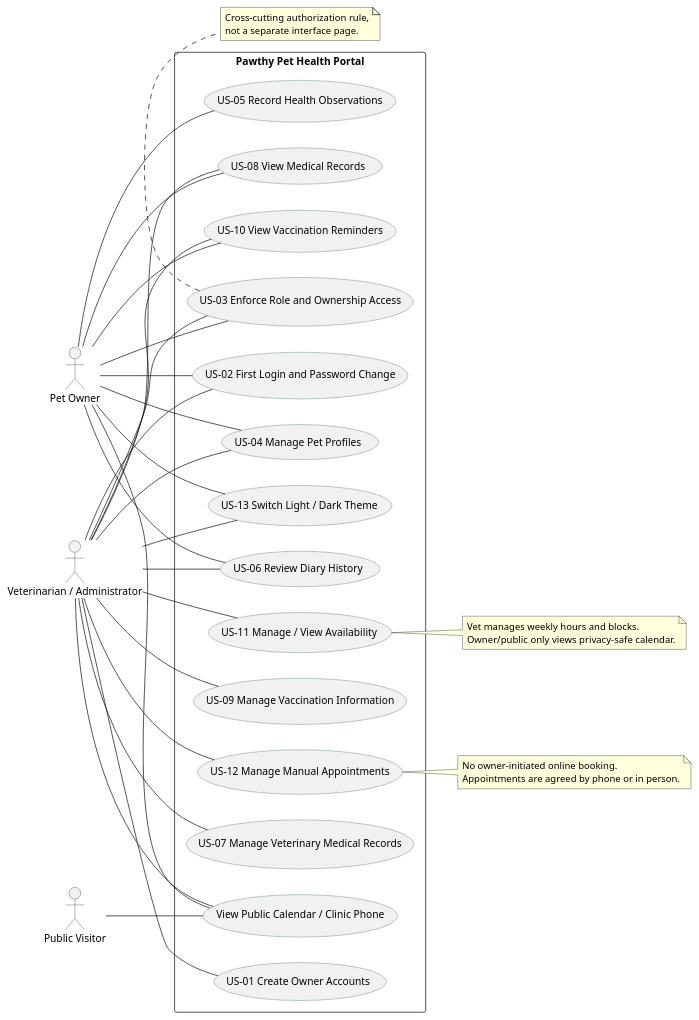
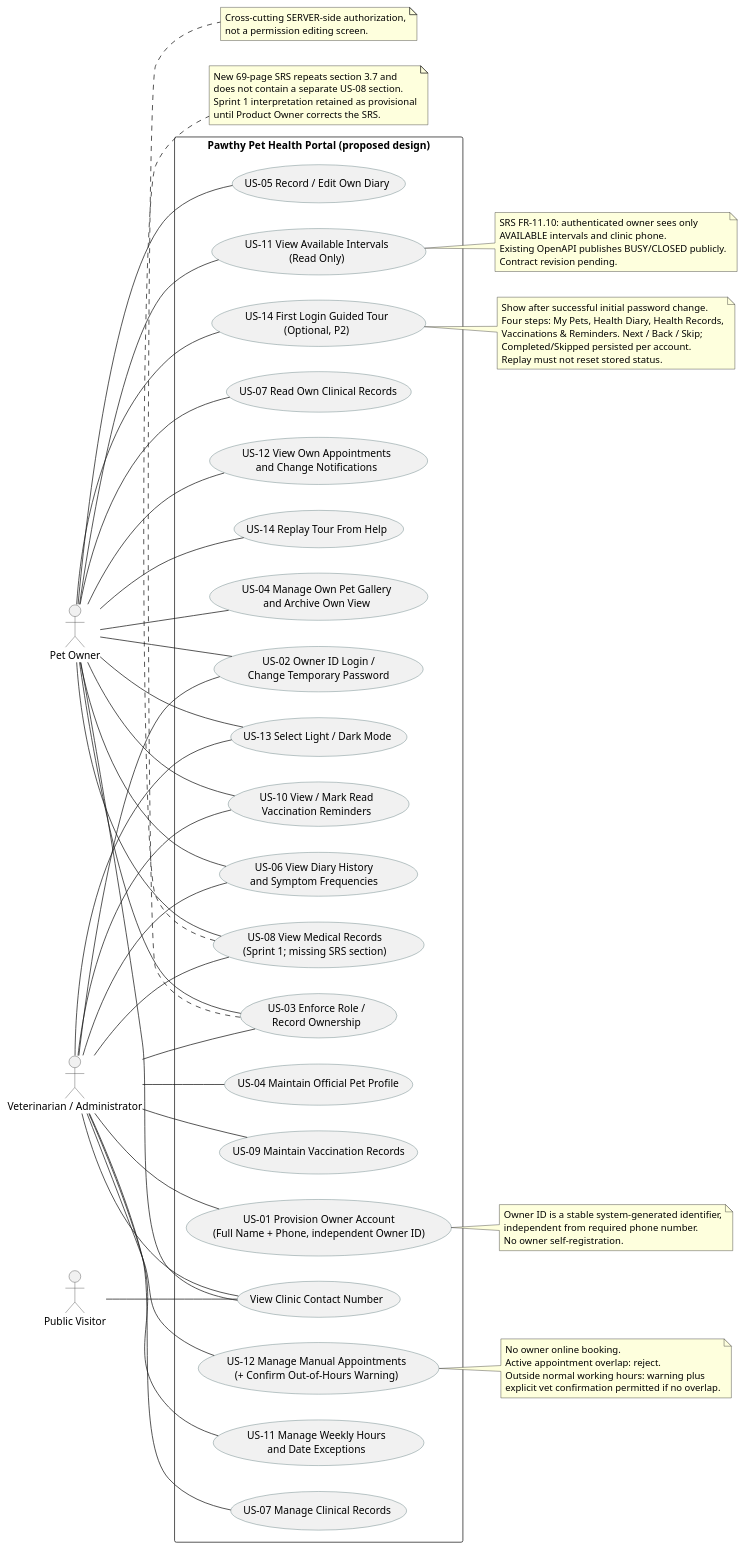
One commit to Efesen10/Pawthy changed the diagram in docs/uml-diagrams/use-cases.puml. Above: the diagram before and after it, drawn with PlantUML.

Commit message:
docs(uml): update formal use cases for November SRS and US-14

```diff
--- a/docs/uml-diagrams/use-cases.puml
+++ b/docs/uml-diagrams/use-cases.puml
@@ -1,64 +1,97 @@
-@startuml Pawthy_Use_Cases_Sprint2
+@startuml Pawthy_Use_Cases_Sprint2_SRS_20261120
 left to right direction
 skinparam packageStyle rectangle
 skinparam usecaseBorderColor #45676A
 skinparam actorBorderColor #333333
 
 actor "Pet Owner" as Owner
 actor "Veterinarian / Administrator" as Vet
 actor "Public Visitor" as Public
 
-rectangle "Pawthy Pet Health Portal" {
- usecase "US-01 Create Owner Accounts" as UC01
- usecase "US-02 First Login and Password Change" as UC02
- usecase "US-03 Enforce Role and Ownership Access" as UC03
- usecase "US-04 Manage Pet Profiles" as UC04
- usecase "US-05 Record Health Observations" as UC05
- usecase "US-06 Review Diary History" as UC06
- usecase "US-07 Manage Veterinary Medical Records" as UC07
- usecase "US-08 View Medical Records" as UC08
- usecase "US-09 Manage Vaccination Information" as UC09
- usecase "US-10 View Vaccination Reminders" as UC10
- usecase "US-11 Manage / View Availability" as UC11
- usecase "US-12 Manage Manual Appointments" as UC12
- usecase "US-13 Switch Light / Dark Theme" as UC13
- usecase "View Public Calendar / Clinic Phone" as UCP
+rectangle "Pawthy Pet Health Portal (proposed design)" {
+ usecase "US-01 Provision Owner Account\n(Full Name + Phone, independent Owner ID)" as UC01
+ usecase "US-02 Owner ID Login /\nChange Temporary Password" as UC02
+ usecase "US-03 Enforce Role /\nRecord Ownership" as UC03
+ usecase "US-04 Maintain Official Pet Profile" as UC04
+ usecase "US-04 Manage Own Pet Gallery\nand Archive Own View" as UC04O
+ usecase "US-05 Record / Edit Own Diary" as UC05
+ usecase "US-06 View Diary History\nand Symptom Frequencies" as UC06
+ usecase "US-07 Manage Clinical Records" as UC07
+ usecase "US-07 Read Own Clinical Records" as UC07O
+ usecase "US-08 View Medical Records\n(Sprint 1; missing SRS section)" as UC08
+ usecase "US-09 Maintain Vaccination Records" as UC09
+ usecase "US-10 View / Mark Read\nVaccination Reminders" as UC10
+ usecase "US-11 Manage Weekly Hours\nand Date Exceptions" as UC11V
+ usecase "US-11 View Available Intervals\n(Read Only)" as UC11O
+ usecase "US-12 Manage Manual Appointments\n(+ Confirm Out-of-Hours Warning)" as UC12V
+ usecase "US-12 View Own Appointments\nand Change Notifications" as UC12O
+ usecase "US-13 Select Light / Dark Mode" as UC13
+ usecase "US-14 First Login Guided Tour\n(Optional, P2)" as UC14
+ usecase "US-14 Replay Tour From Help" as UC14R
+ usecase "View Clinic Contact Number" as UCC
 }
 
 Vet -- UC01
 Vet -- UC02
 Owner -- UC02
 Vet -- UC03
 Owner -- UC03
 Vet -- UC04
-Owner -- UC04
+Owner -- UC04O
 Owner -- UC05
 Owner -- UC06
 Vet -- UC06
 Vet -- UC07
+Owner -- UC07O
 Owner -- UC08
 Vet -- UC08
 Vet -- UC09
 Owner -- UC10
 Vet -- UC10
-Vet -- UC11
-Vet -- UC12
+Vet -- UC11V
+Owner -- UC11O
+Vet -- UC12V
+Owner -- UC12O
 Owner -- UC13
 Vet -- UC13
-Public -- UCP
-Owner -- UCP
-Vet -- UCP
+Owner -- UC14
+Owner -- UC14R
+Owner -- UCC
+Vet -- UCC
+Public -- UCC
 
-note right of UC11
-Vet manages weekly hours and blocks.
-Owner/public only views privacy-safe calendar.
+note right of UC01
+ Owner ID is a stable system-generated identifier,
+ independent from required phone number.
+ No owner self-registration.
 end note
-note right of UC12
-No owner-initiated online booking.
-Appointments are agreed by phone or in person.
+note right of UC11O
+ SRS FR-11.10: authenticated owner sees only
+ AVAILABLE intervals and clinic phone.
+ Existing OpenAPI publishes BUSY/CLOSED publicly.
+ Contract revision pending.
+end note
+note right of UC12V
+ No owner online booking.
+ Active appointment overlap: reject.
+ Outside normal working hours: warning plus
+ explicit vet confirmation permitted if no overlap.
+end note
+note right of UC14
+ Show after successful initial password change.
+ Four steps: My Pets, Health Diary, Health Records,
+ Vaccinations & Reminders. Next / Back / Skip;
+ Completed/Skipped persisted per account.
+ Replay must not reset stored status.
+end note
+note bottom of UC08
+ New 69-page SRS repeats section 3.7 and
+ does not contain a separate US-08 section.
+ Sprint 1 interpretation retained as provisional
+ until Product Owner corrects the SRS.
 end note
 note bottom of UC03
-Cross-cutting authorization rule,
-not a separate interface page.
+ Cross-cutting SERVER-side authorization,
+ not a permission editing screen.
 end note
 @enduml
```
